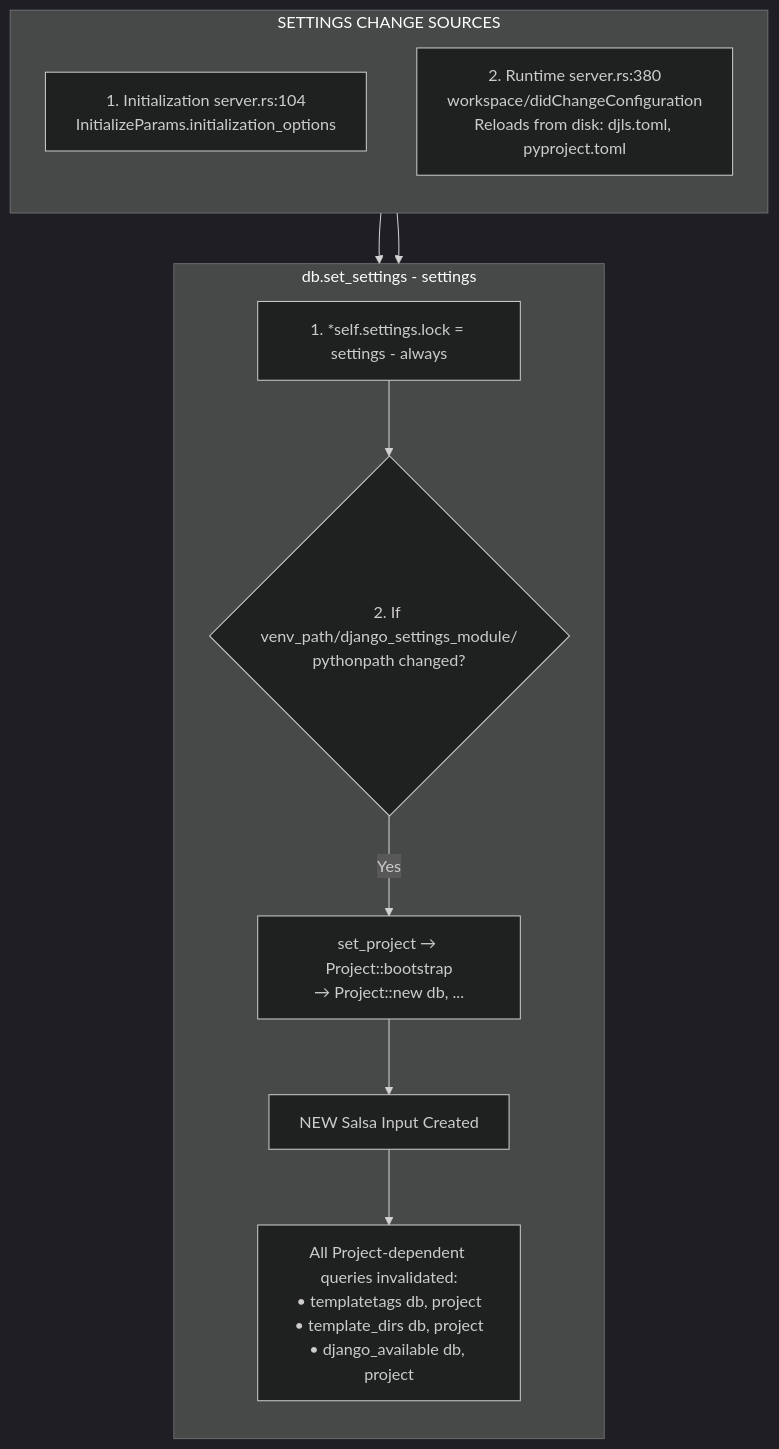
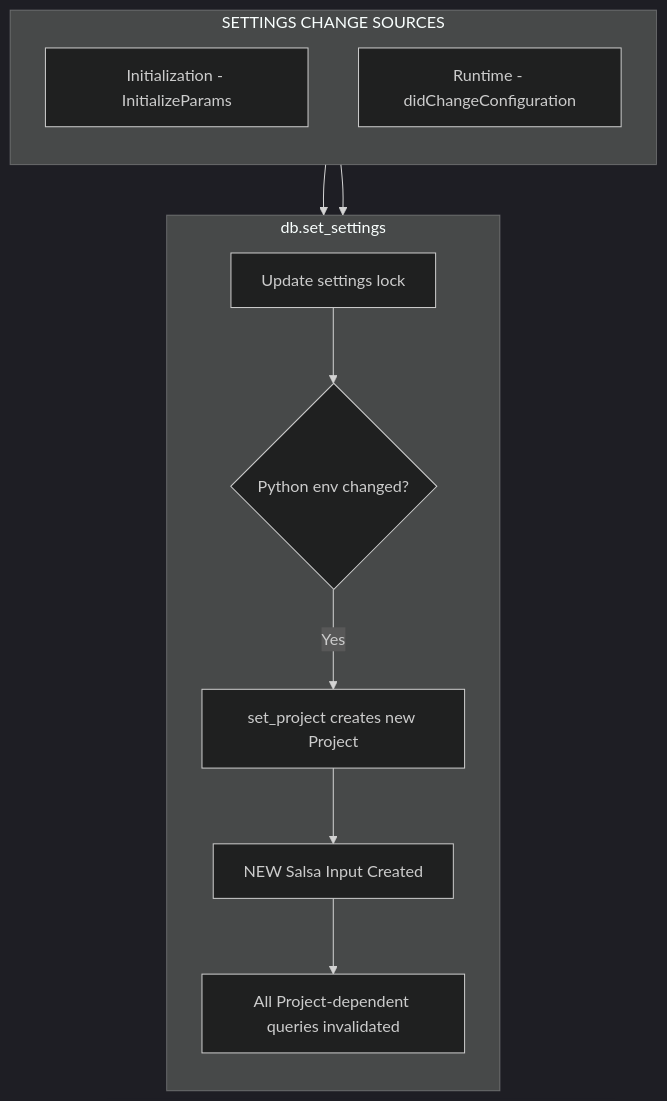
The first of 2 diagrams in .agents/research/2026-02-04_salsa-settings-invalidation.md (joshuadavidthomas/django-language-server), drawn with Mermaid (dark theme) before and after one commit. The commit also changed other lines of this file and 12 other files, not shown here.

Commit message:
change ASCII diagrams to Mermaid

````diff
--- a/.agents/research/2026-02-04_salsa-settings-invalidation.md
+++ b/.agents/research/2026-02-04_salsa-settings-invalidation.md
@@ -145,23 +145,23 @@
 ```mermaid
 flowchart TB
     subgraph Sources["SETTINGS CHANGE SOURCES"]
         direction TB
-        Init["1. Initialization server.rs:104<br/>InitializeParams.initialization_options"]
-        Runtime["2. Runtime server.rs:380<br/>workspace/didChangeConfiguration<br/>Reloads from disk: djls.toml, pyproject.toml"]
+        Init["Initialization - InitializeParams"]
+        Runtime["Runtime - didChangeConfiguration"]
     end
 
     Init --> SetSettings
     Runtime --> SetSettings
 
-    subgraph SetSettings["db.set_settings - settings"]
+    subgraph SetSettings["db.set_settings"]
         direction TB
-        Lock["1. *self.settings.lock = settings - always"]
+        Lock["Update settings lock"]
 
-        Check{"2. If venv_path/django_settings_module/<br/>pythonpath changed?"}
+        Check{"Python env changed?"}
         Lock --> Check
 
-        Check -->|Yes| SetProj[set_project → Project::bootstrap<br/>→ Project::new db, ...]
-        SetProj --> NewInput[NEW Salsa Input Created]
-        NewInput --> Invalidated["All Project-dependent queries invalidated:<br/>• templatetags db, project<br/>• template_dirs db, project<br/>• django_available db, project"]
+        Check -->|Yes| SetProj["set_project creates new Project"]
+        SetProj --> NewInput["NEW Salsa Input Created"]
+        NewInput --> Invalidated["All Project-dependent queries invalidated"]
     end
 ```
````
